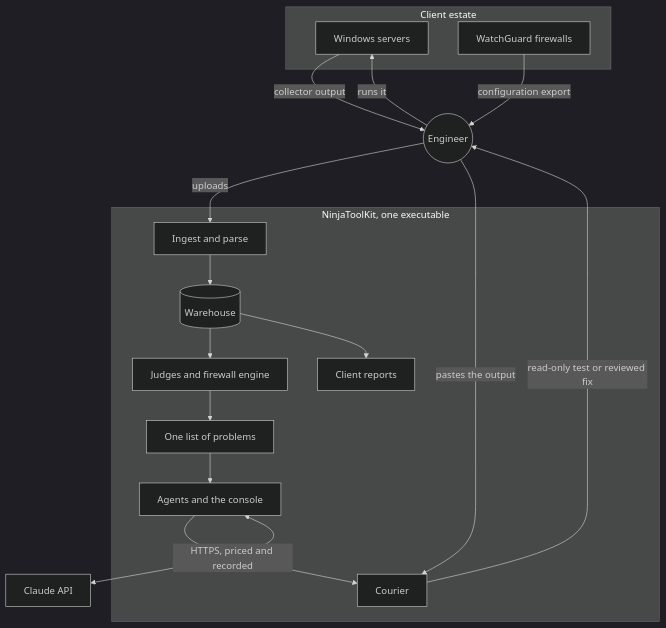
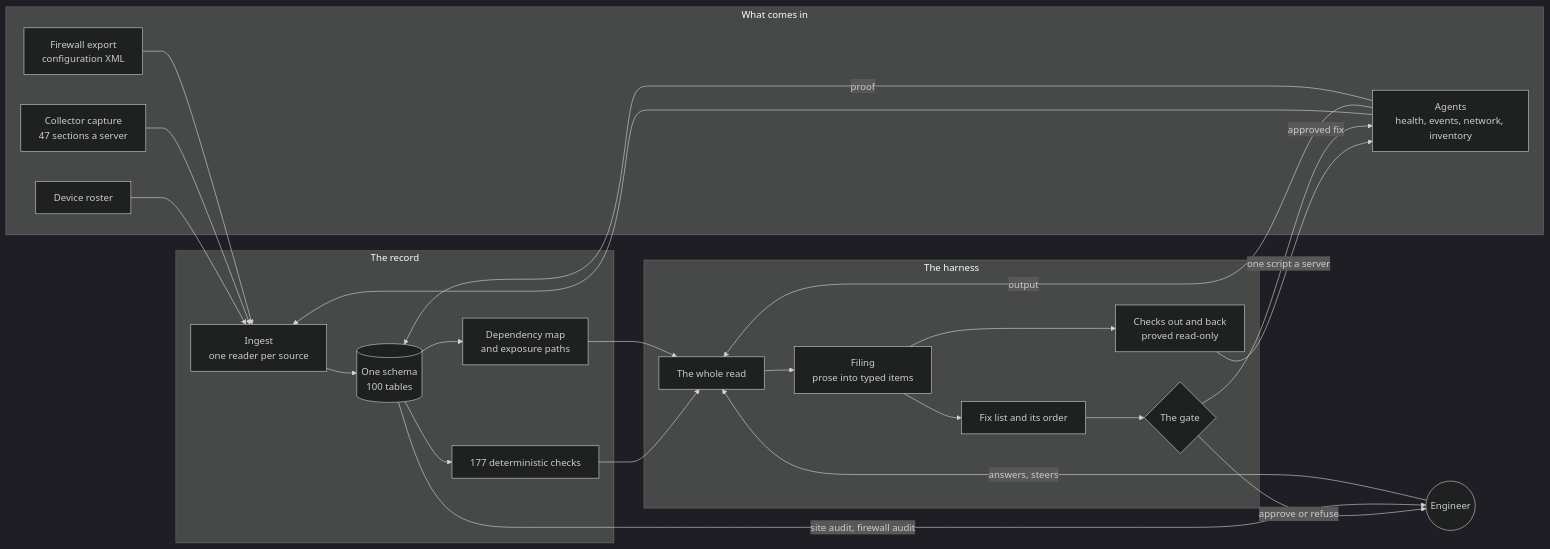
One commit to RyanH-sudo/ninjatoolkit-case-study changed the first of 5 diagrams in CASE_STUDY.md. Above: the diagram before and after it, drawn with Mermaid (dark theme). The commit also changed other lines of this file and 43 other files, not shown here.

First line of the commit message:
NinjaToolKit v9.0.1: the case study, the film and the site rebuilt

````diff
--- a/CASE_STUDY.md
+++ b/CASE_STUDY.md
@@ -168,24 +158,38 @@
 ```mermaid
-flowchart TB
-    subgraph Estate["Client estate"]
-        SRV["Windows servers"]
-        FWD["WatchGuard firewalls"]
+flowchart LR
+    subgraph IN["What comes in"]
+        R["Device roster"]
+        C["Collector capture<br/>47 sections a server"]
+        X["Firewall export<br/>configuration XML"]
+        A["Agents<br/>health, events, network, inventory"]
     end
-    ENG(("Engineer"))
-    subgraph NTK["NinjaToolKit, one executable"]
-        ING["Ingest and parse"] --> WH[("Warehouse")]
-        WH --> JDG["Judges and firewall engine"]
-        WH --> REP["Client reports"]
-        JDG --> PRB["One list of problems"]
-        PRB --> AGT["Agents and the console"]
-        AGT --> CUR["Courier"]
+    subgraph REC["The record"]
+        I["Ingest<br/>one reader per source"]
+        DB[("One schema<br/>100 tables")]
+        J["177 deterministic checks"]
+        M["Dependency map<br/>and exposure paths"]
     end
-    API["Claude API"]
-    SRV -->|"collector output"| ENG
-    FWD -->|"configuration export"| ENG
-    ENG -->|"uploads"| ING
-    CUR -->|"read-only test or reviewed fix"| ENG
-    ENG -->|"runs it"| SRV
-    ENG -->|"pastes the output"| CUR
-    AGT <-->|"HTTPS, priced and recorded"| API
+    subgraph H["The harness"]
+        W["The whole read"]
+        F["Filing<br/>prose into typed items"]
+        K["Checks out and back<br/>proved read-only"]
+        L["Fix list and its order"]
+        G{"The gate"}
+    end
+    E(("Engineer"))
+    R --> I
+    C --> I
+    X --> I
+    A --> I
+    I --> DB --> J --> W
+    DB --> M --> W
+    W --> F --> K
+    K -->|one script a server| A
+    A -->|output| W
+    F --> L --> G
+    G -->|approve or refuse| E
+    E -->|answers, steers| W
+    G -->|approved fix| A
+    A -->|proof| DB
+    DB -->|site audit, firewall audit| E
 ```
````
